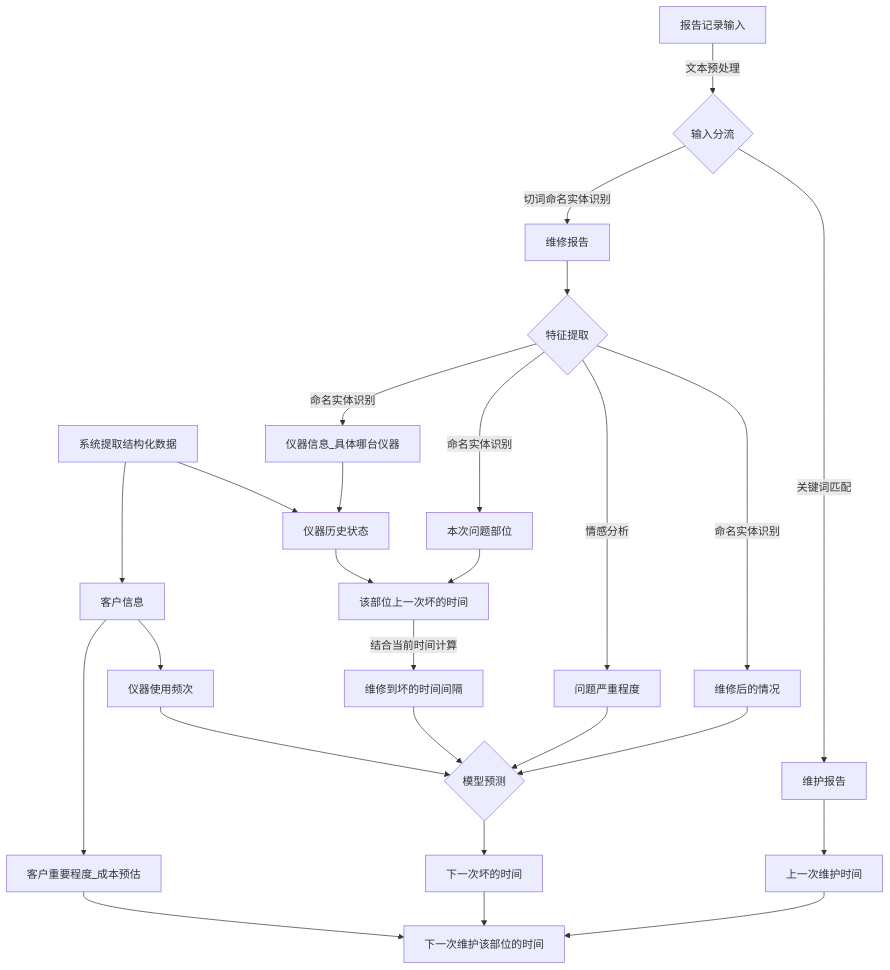
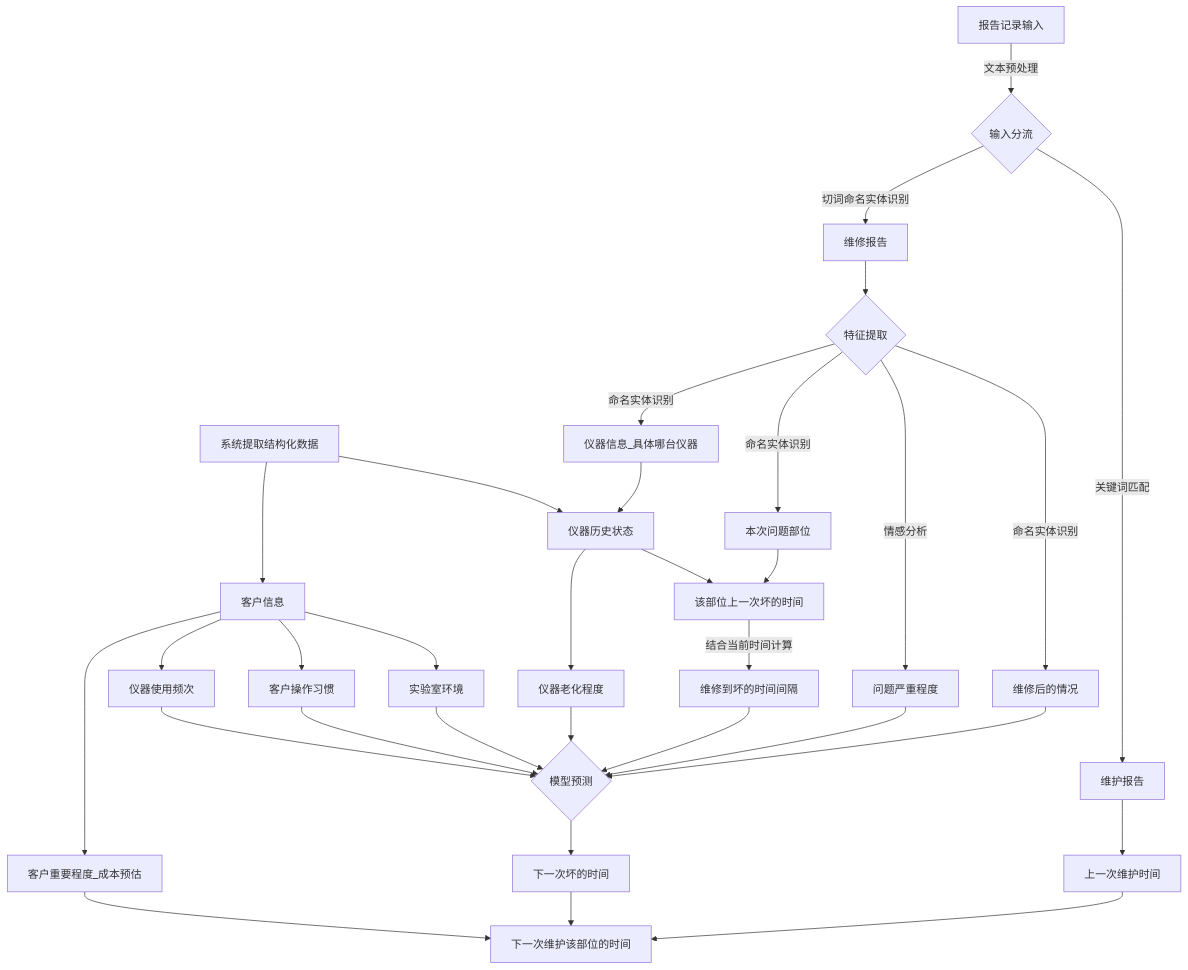
The diagram in projects/Biosan-service-upgrade-2019/src/readme.md (clouwer/nlpnotebook), drawn with Mermaid before and after one commit. The commit also changed 1 other file, not shown here.

````diff
--- a/projects/Biosan-service-upgrade-2019/src/readme.md
+++ b/projects/Biosan-service-upgrade-2019/src/readme.md
@@ -174,28 +174,34 @@
 ```mermaid
 graph TD
 A0 --> E1[客户信息]
 E1 --> E12[客户重要程度_成本预估]
 E1 --> E11[仪器使用频次]
+E1 --> E14[客户操作习惯]
+E1 --> E15[实验室环境]
 A0[系统提取结构化数据] --> D11[仪器历史状态]
 A[报告记录输入] --> |文本预处理|C{输入分流}
 C --> |切词命名实体识别|B2[维修报告]
 B2 --> C2{特征提取}
 C2 --> |命名实体识别|D1[仪器信息_具体哪台仪器]
 D1 --> D11
 C2 --> |命名实体识别|D2[本次问题部位]
 C2 --> |情感分析|D3[问题严重程度]
 C2 --> |命名实体识别|D4[维修后的情况]
+D11 --> D10[仪器老化程度]
 D11 --> D12[该部位上一次坏的时间]
 D2 --> D12 
 D12 --> |结合当前时间计算|D13[维修到坏的时间间隔]
 D3 --> B3
 D4 --> B3
+D10 --> B3
+E14 --> B3
+E15 --> B3
 B3{模型预测} --> D15[下一次坏的时间]
 E12 --> D14[下一次维护该部位的时间]
 D13 --> B3
 E11 --> B3
 C --> |关键词匹配|B1[维护报告]
 B1 --> E13[上一次维护时间]
 E13 --> D14
 D15 --> D14
 ```
````
